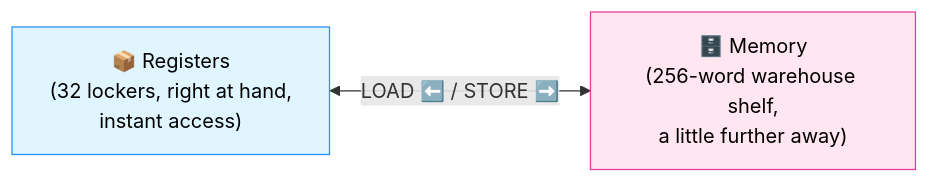
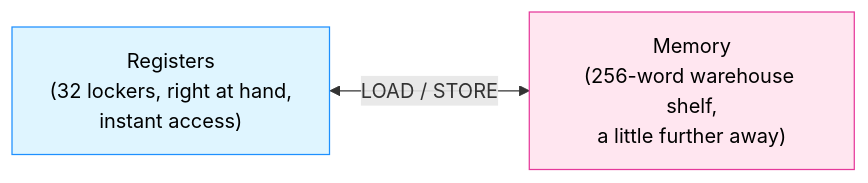
The tenth of 30 diagrams in RISC-V/README.md (hjsanjana/rtl-design-practice), drawn with Mermaid before and after one commit. The commit also changed other lines of this file, not shown here.

````diff
--- a/RISC-V/README.md
+++ b/RISC-V/README.md
@@ -376,7 +331,7 @@
 ```mermaid
 flowchart LR
-    REGS["📦 Registers\n(32 lockers, right at hand,\ninstant access)"] <-->|"LOAD ⬅️ / STORE ➡️"| MEM["🗄️ Memory\n(256-word warehouse shelf,\na little further away)"]
+    REGS["Registers\n(32 lockers, right at hand,\ninstant access)"] <-->|"LOAD / STORE"| MEM["Memory\n(256-word warehouse shelf,\na little further away)"]
 
     style REGS fill:#dff5ff,stroke:#1e90ff,color:#000
     style MEM fill:#ffe6f0,stroke:#e6399b,color:#000
 ```
````
